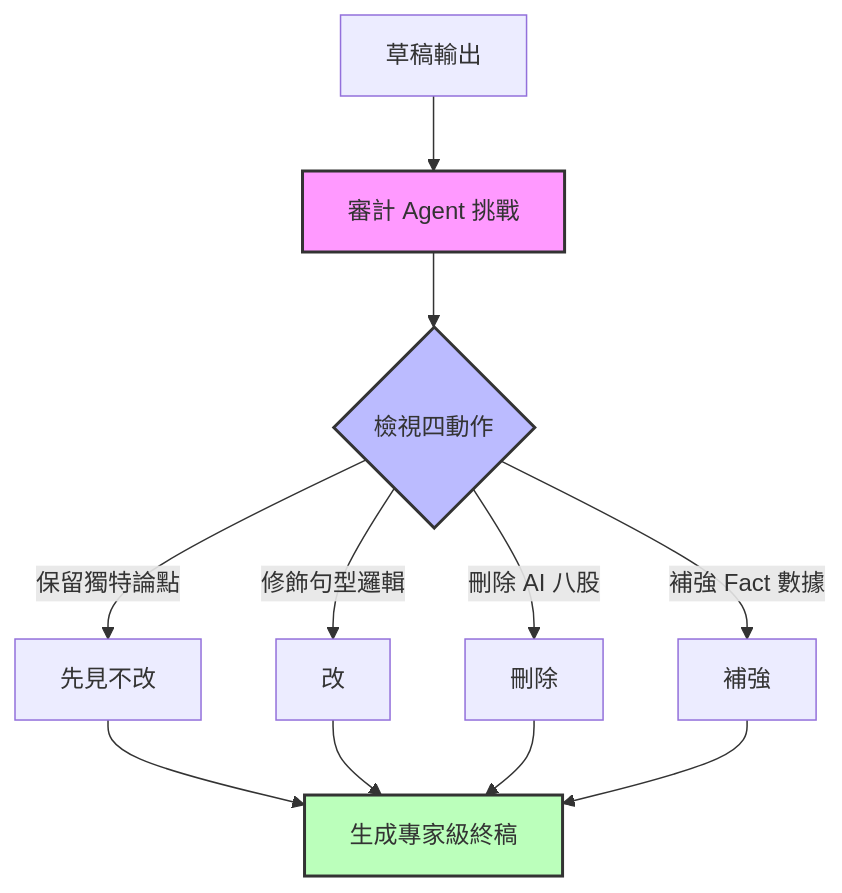
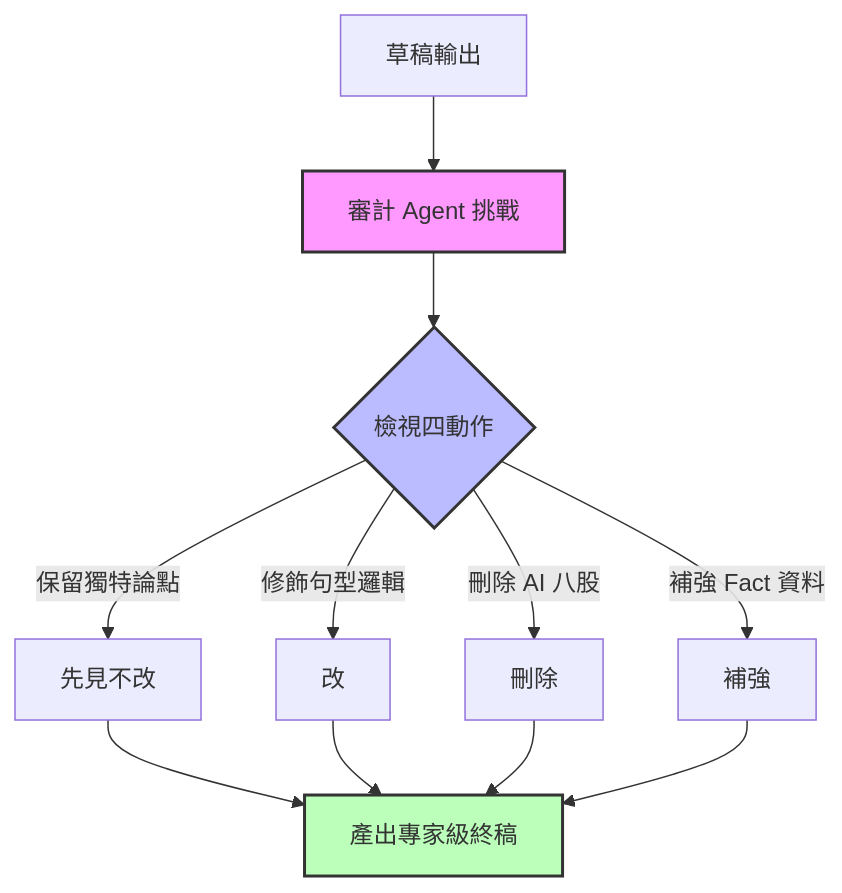
The diagram in Chapter_3_1.md (wuulong/EnterpriseGenAIAdoption), drawn with Mermaid before and after one commit. The commit also changed other lines of this file and 30 other files, not shown here.

````diff
--- a/Chapter_3_1.md
+++ b/Chapter_3_1.md
@@ -40,13 +40,13 @@
 ```mermaid
 graph TD
     A["草稿輸出"] --> B["審計 Agent 挑戰"]
     B --> C{"檢視四動作"}
     C -->|保留獨特論點| D["先見不改"]
     C -->|修飾句型邏輯| E["改"]
     C -->|刪除 AI 八股| F["刪除"]
-    C -->|補強 Fact 數據| G["補強"]
-    D & E & F & G --> H["生成專家級終稿"]
+    C -->|補強 Fact 資料| G["補強"]
+    D & E & F & G --> H["產出專家級終稿"]
     style B fill:#f9f,stroke:#333,stroke-width:2px
     style C fill:#bbf,stroke:#333,stroke-width:2px
     style H fill:#bfb,stroke:#333,stroke-width:2px
 ```
````
